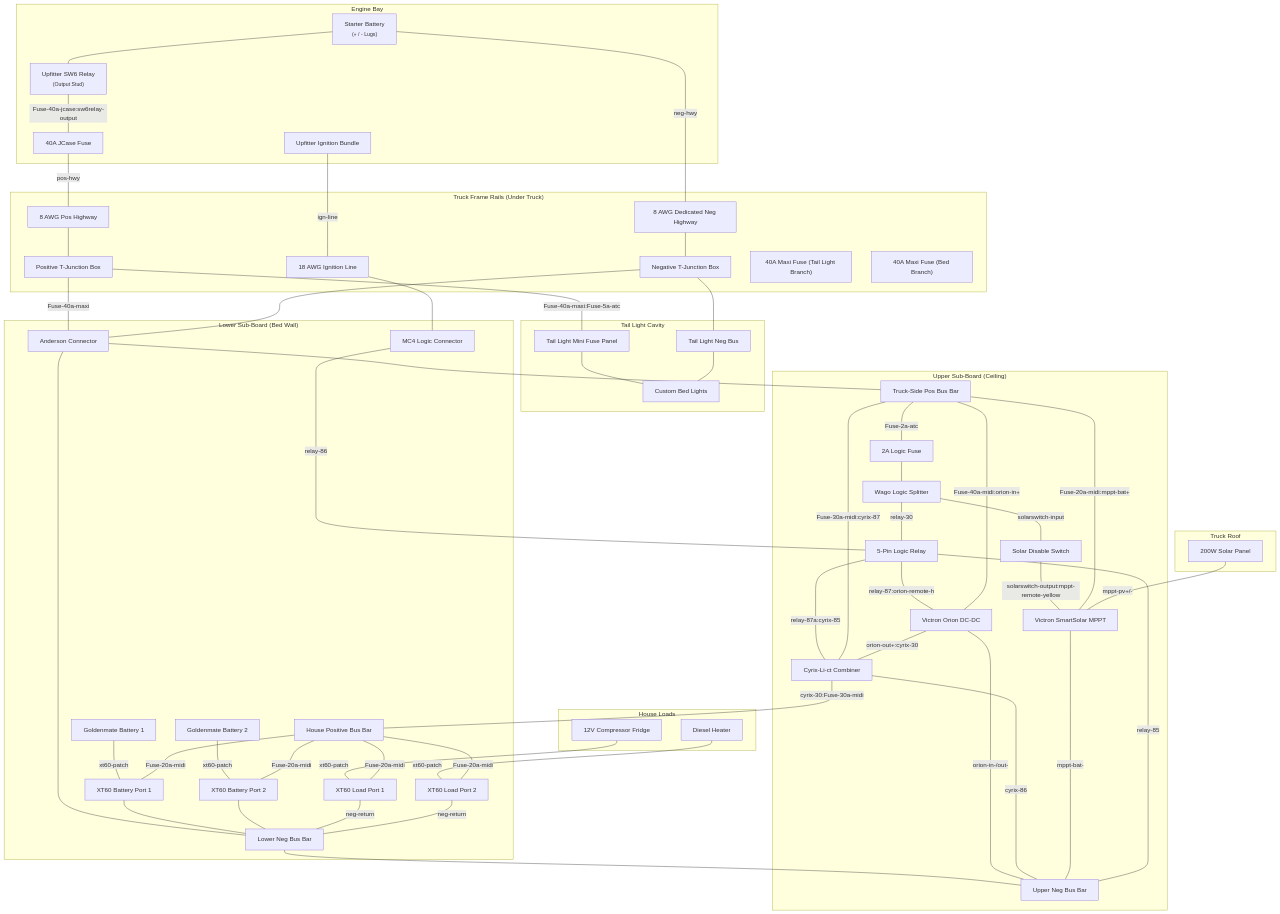
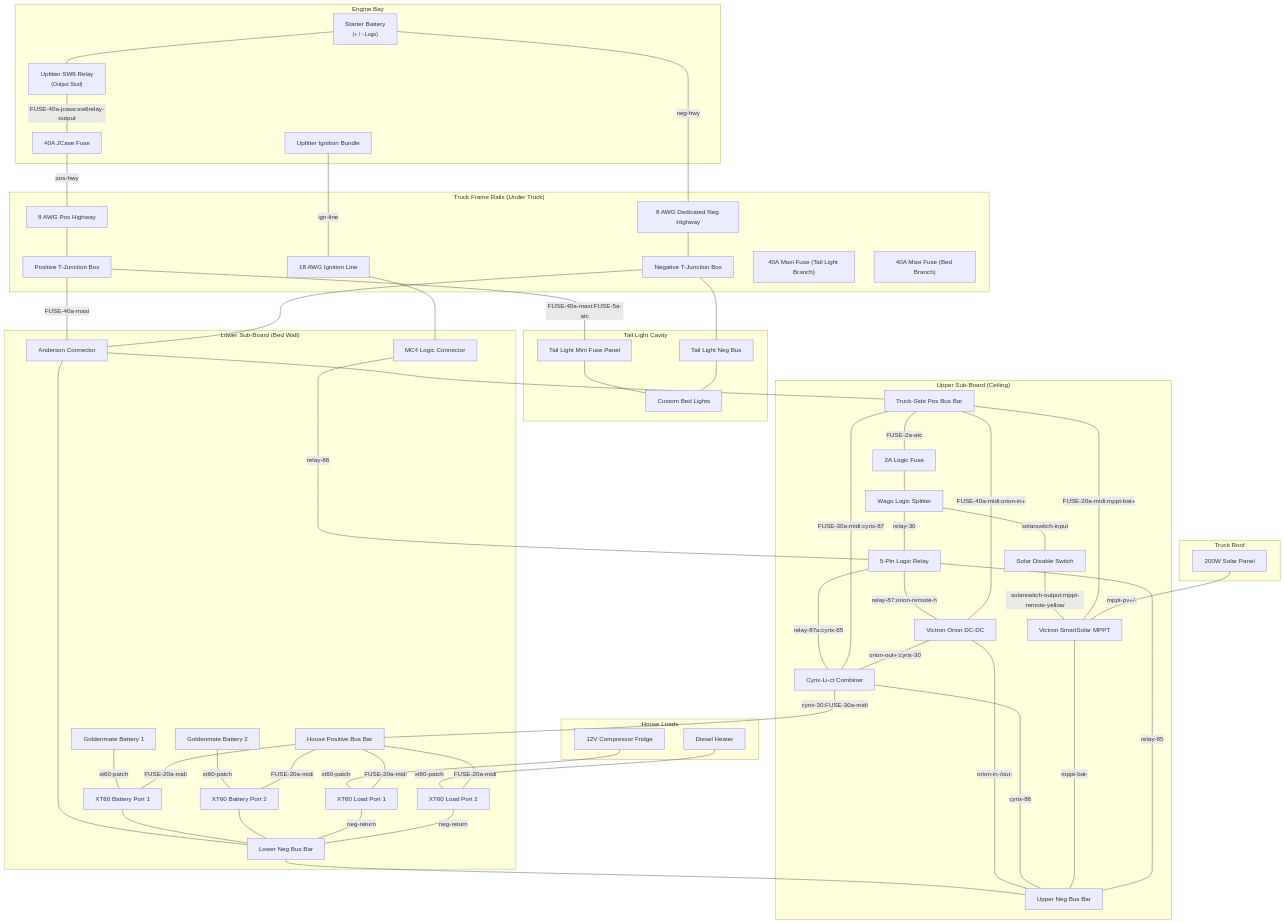
Before and after one commit to chrisjohnson/truck-micro-grid: the diagram in master_design_spec.md, drawn with Mermaid.

Commit message:
docs: standardize fuse labels with FUSE- all-caps identifier in mermaid diagram

````diff
--- a/master_design_spec.md
+++ b/master_design_spec.md
@@ -126,14 +126,14 @@
 
     %% Connections with precise terminal labels
     StarterBat --- SW6Relay
-    SW6Relay ---|Fuse-40a-jcase:sw6relay-output| JCase40
+    SW6Relay ---|FUSE-40a-jcase:sw6relay-output| JCase40
     JCase40 ---|pos-hwy| PosHighway
     StarterBat ---|neg-hwy| NegHighway
     IgnitionSrc ---|ign-line| IgnitionHighway
 
     PosHighway --- PosTJunction
-    PosTJunction ---|Fuse-40a-maxi:Fuse-5a-atc| TailLightFuse --- BedLights
-    PosTJunction ---|Fuse-40a-maxi| Anderson
+    PosTJunction ---|FUSE-40a-maxi:FUSE-5a-atc| TailLightFuse --- BedLights
+    PosTJunction ---|FUSE-40a-maxi| Anderson
 
     NegHighway --- NegTJunction
     NegTJunction --- TailLightNeg --- BedLights
@@ -145,7 +145,7 @@
     IgnitionHighway --- MC4
 
     MC4 ---|relay-86| Relay
-    TruckPosBus ---|Fuse-2a-atc| LogicFuse
+    TruckPosBus ---|FUSE-2a-atc| LogicFuse
     LogicFuse --- Wago
 
     Wago ---|relay-30| Relay
@@ -155,13 +155,13 @@
     Relay ---|relay-87a:cyrix-85| Cyrix
     Relay ---|relay-87:orion-remote-h| Orion
 
-    TruckPosBus ---|Fuse-40a-midi:orion-in+| Orion
-    TruckPosBus ---|Fuse-30a-midi:cyrix-87| Cyrix
-    TruckPosBus ---|Fuse-20a-midi:mppt-bat+| MPPT
+    TruckPosBus ---|FUSE-40a-midi:orion-in+| Orion
+    TruckPosBus ---|FUSE-30a-midi:cyrix-87| Cyrix
+    TruckPosBus ---|FUSE-20a-midi:mppt-bat+| MPPT
     SolarPanel ---|mppt-pv+/-| MPPT
 
     Orion ---|orion-out+:cyrix-30| Cyrix
-    Cyrix ---|cyrix-30:Fuse-30a-midi| HousePosBus
+    Cyrix ---|cyrix-30:FUSE-30a-midi| HousePosBus
 
     %% Negative Returns - Upper Board
     Orion ---|orion-in-/out-| UpperNegBus
@@ -181,8 +181,8 @@
     Fridge ---|xt60-patch| XT60_Load1
     DieselHeater ---|xt60-patch| XT60_Load2
 
-    HousePosBus ---|Fuse-20a-midi| XT60_Bat1
-    HousePosBus ---|Fuse-20a-midi| XT60_Bat2
-    HousePosBus ---|Fuse-20a-midi| XT60_Load1
-    HousePosBus ---|Fuse-20a-midi| XT60_Load2
+    HousePosBus ---|FUSE-20a-midi| XT60_Bat1
+    HousePosBus ---|FUSE-20a-midi| XT60_Bat2
+    HousePosBus ---|FUSE-20a-midi| XT60_Load1
+    HousePosBus ---|FUSE-20a-midi| XT60_Load2
 ```
````
